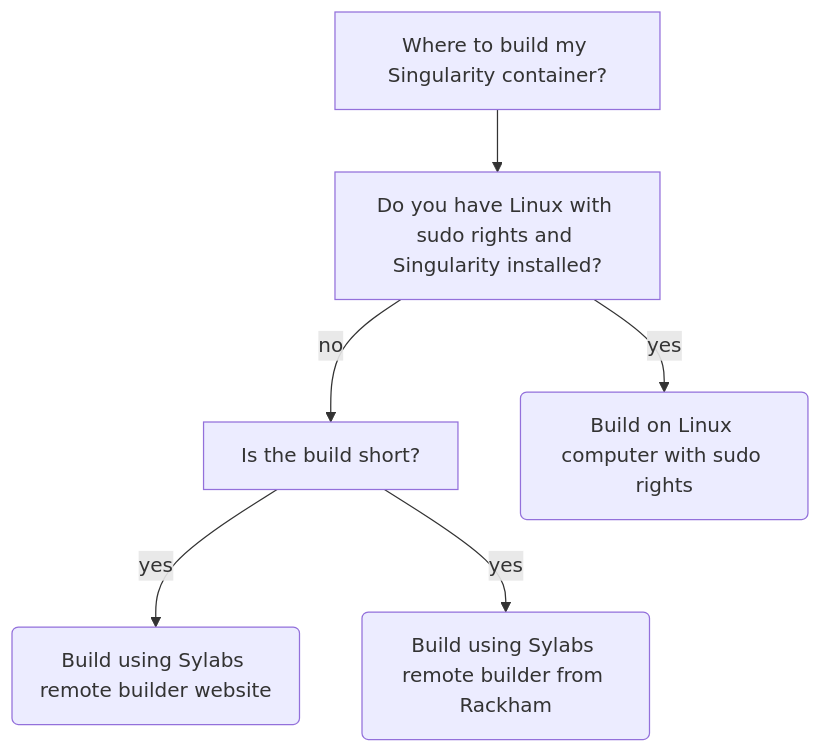
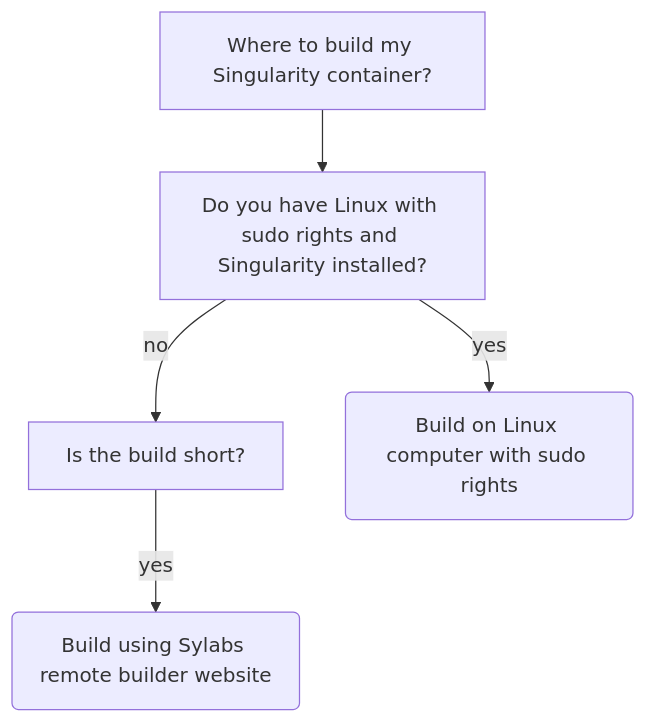
The diagram in docs/software/create_singularity_container.md (UPPMAX/UPPMAX-documentation), drawn with Mermaid before and after one commit. The commit also changed other lines of this file, not shown here.

Commit message:
create_singularity_container.md rm rackham

````diff
--- a/docs/software/create_singularity_container.md
+++ b/docs/software/create_singularity_container.md
@@ -17,15 +17,13 @@
 ```mermaid
 flowchart TD
   where_to_build[Where to build my Singularity container?]
   where_to_build --> have_linux
   have_linux[Do you have Linux with sudo rights and Singularity installed?]
   build_short[Is the build short?]
   use_linux(Build on Linux computer with sudo rights)
   use_remote_builder_website(Build using Sylabs remote builder website)
-  use_remote_builder_rackham(Build using Sylabs remote builder from Rackham)
 
   have_linux --> |yes| use_linux
   have_linux --> |no| build_short
   build_short --> |yes| use_remote_builder_website
-  build_short --> |yes| use_remote_builder_rackham
 ```
````
